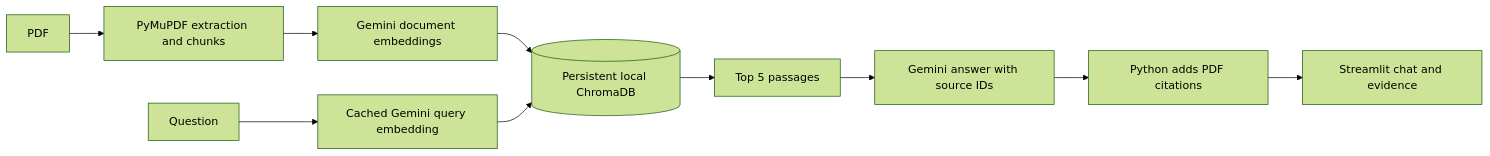
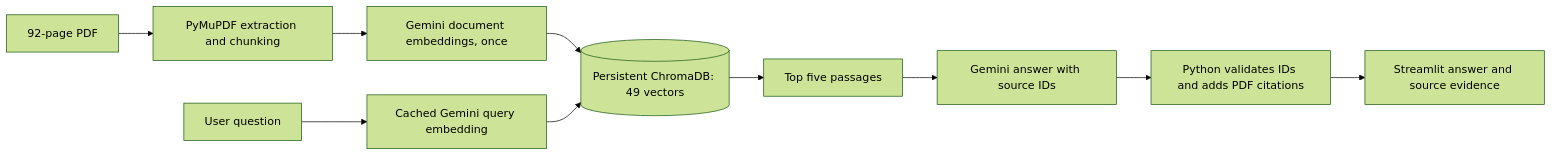
One commit to awaisarif18/pakistan-north-travel-buddy changed the first of 2 diagrams in README.md. Above: the diagram before and after it, drawn with Mermaid (forest theme). The commit also changed other lines of this file and 2 other files, not shown here.

````diff
--- a/README.md
+++ b/README.md
@@ -12,12 +41,12 @@
 ```mermaid
 flowchart LR
-    P[PDF] --> X[PyMuPDF extraction and chunks]
-    X --> E[Gemini document embeddings]
-    E --> C[(Persistent local ChromaDB)]
-    Q[Question] --> QE[Cached Gemini query embedding]
+    P[92-page PDF] --> X[PyMuPDF extraction and chunking]
+    X --> E[Gemini document embeddings, once]
+    E --> C[(Persistent ChromaDB: 49 vectors)]
+    Q[User question] --> QE[Cached Gemini query embedding]
     QE --> C
-    C --> R[Top 5 passages]
+    C --> R[Top five passages]
     R --> G[Gemini answer with source IDs]
-    G --> A[Python adds PDF citations]
-    A --> UI[Streamlit chat and evidence]
+    G --> V[Python validates IDs and adds PDF citations]
+    V --> UI[Streamlit answer and source evidence]
 ```
````
